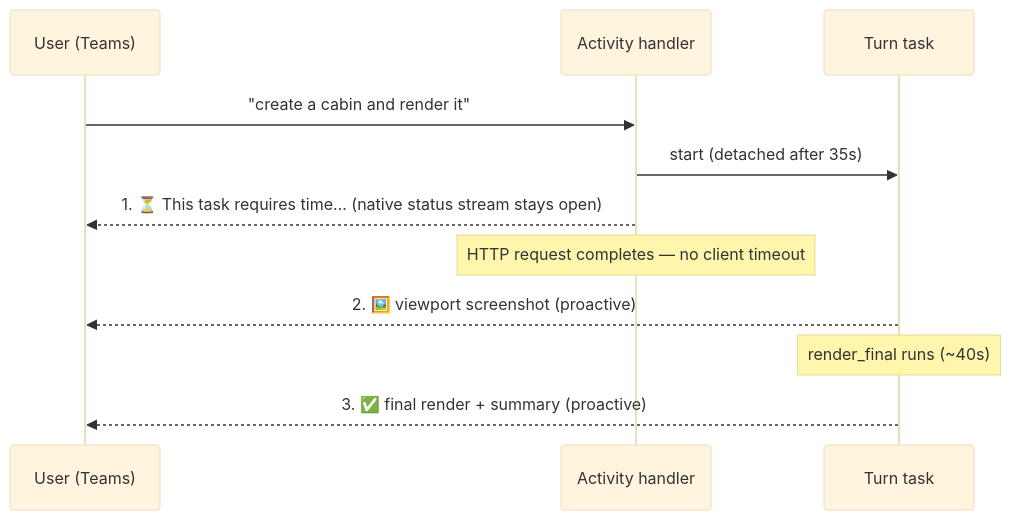
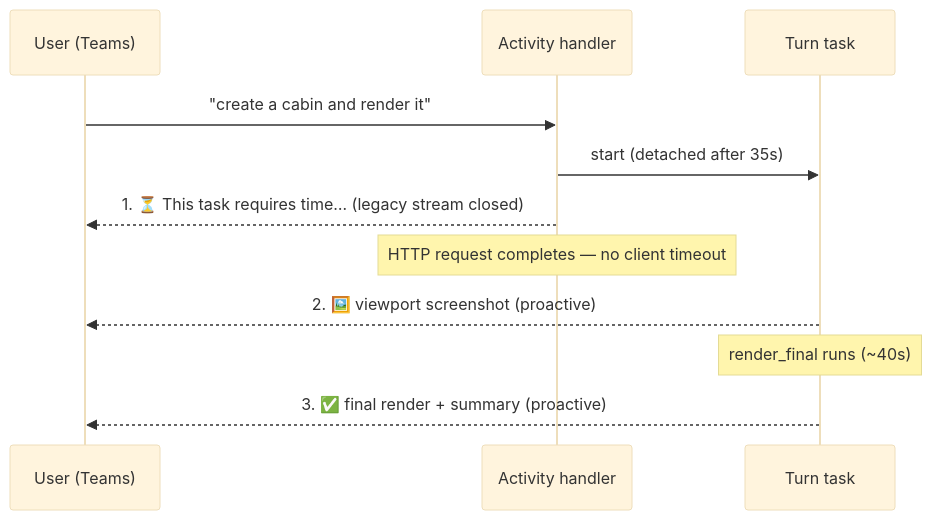
Before and after one commit to davrous/blenderagent: the diagram in README.md, drawn with Mermaid (base theme). The commit also changed other lines of this file and 4 other files, not shown here.

````diff
--- a/README.md
+++ b/README.md
@@ -1062,13 +1078,13 @@
 ```mermaid
 sequenceDiagram
     participant U as User (Teams)
     participant H as Activity handler
     participant T as Turn task
     U->>H: "create a cabin and render it"
     H->>T: start (detached after 35s)
-    H-->>U: 1. ⏳ This task requires time… (native status stream stays open)
+    H-->>U: 1. ⏳ This task requires time… (legacy stream closed)
     Note over H: HTTP request completes — no client timeout
     T-->>U: 2. 🖼️ viewport screenshot (proactive)
     Note over T: render_final runs (~40s)
     T-->>U: 3. ✅ final render + summary (proactive)
 ```
````
